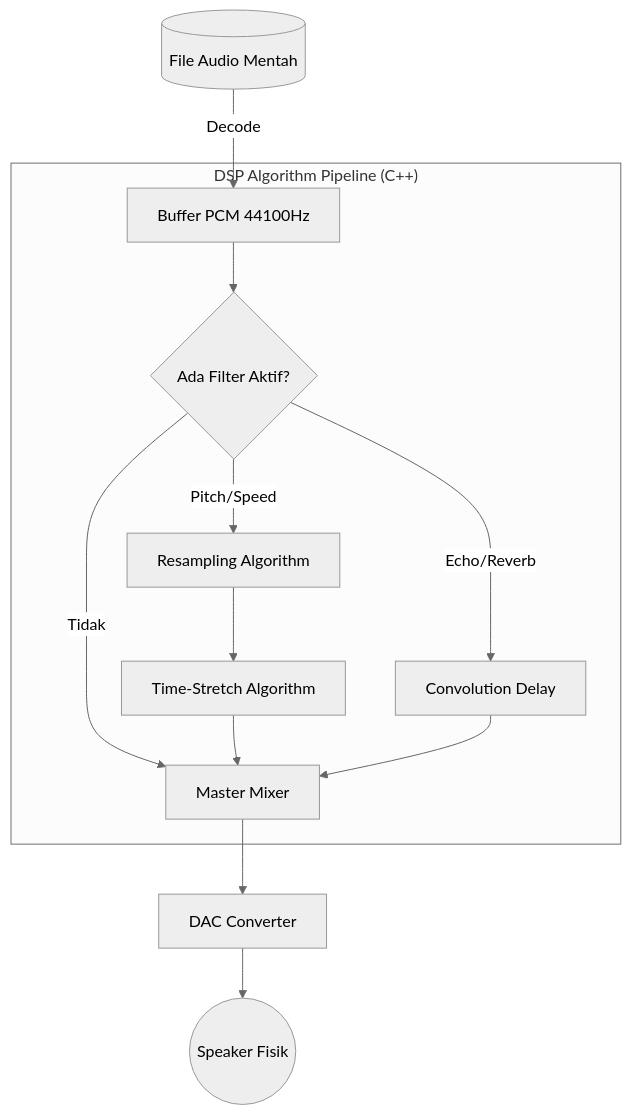
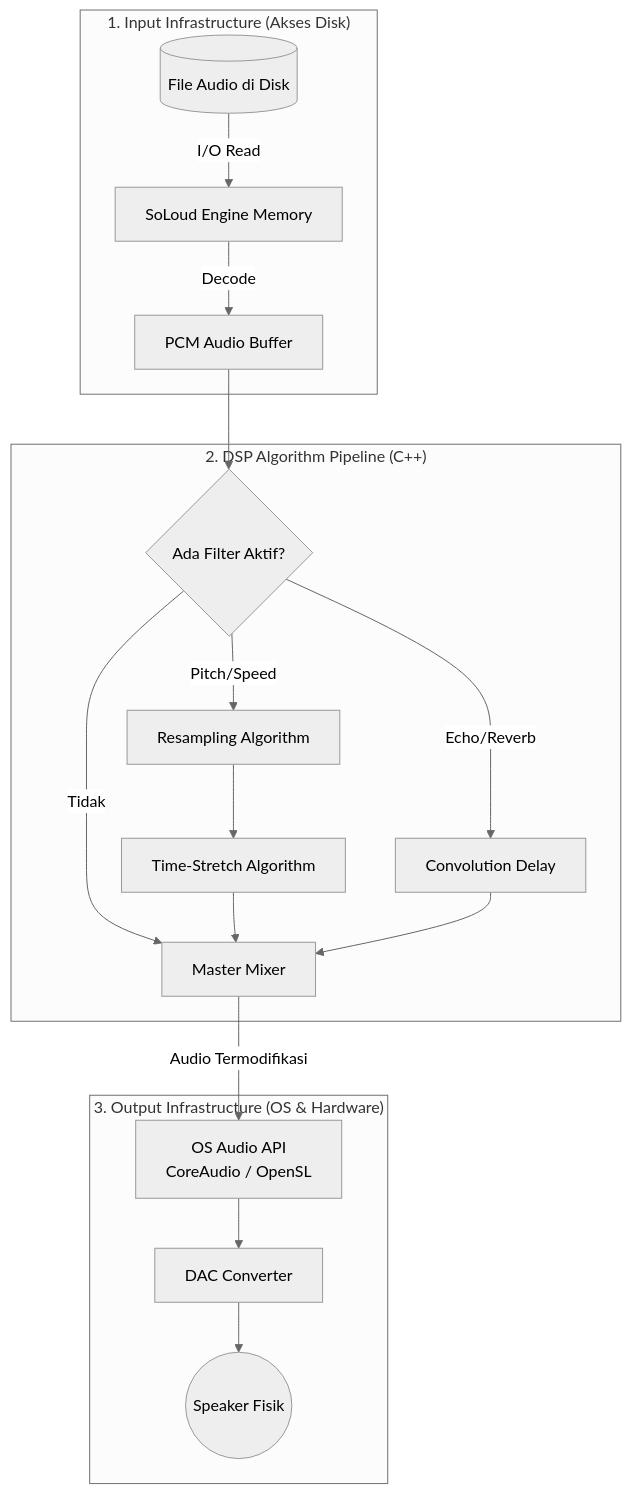
One commit to nunutech40/VoiceChanger changed the diagram in DSP_ENGINE_ARCHITECTURE.md. Above: the diagram before and after it, drawn with Mermaid (neutral theme). The commit also changed other lines of this file, not shown here.

Commit message:
docs: Update DSP flowchart to include explicit Input/Output Infrastructure

````diff
--- a/DSP_ENGINE_ARCHITECTURE.md
+++ b/DSP_ENGINE_ARCHITECTURE.md
@@ -19,20 +19,26 @@
 ```mermaid
 graph TD
-    A[(File Audio Mentah)] -->|Decode| B[Buffer PCM 44100Hz]
-    
-    subgraph DSP_Pipeline ["DSP Algorithm Pipeline (C++)"]
-    B --> C{Ada Filter Aktif?}
-    C -- Tidak --> G[Master Mixer]
-    
-    C -- Pitch/Speed --> D[Resampling Algorithm]
-    D --> E[Time-Stretch Algorithm]
-    
-    C -- Echo/Reverb --> F[Convolution Delay]
-    
-    E --> G
-    F --> G
+    subgraph Input_Infra ["1. Input Infrastructure (Akses Disk)"]
+        A[(File Audio di Disk)] -->|I/O Read| B[SoLoud Engine Memory]
+        B -->|Decode| C[PCM Audio Buffer]
     end
     
-    G --> H[DAC Converter]
-    H --> I((Speaker Fisik))
+    subgraph DSP_Pipeline ["2. DSP Algorithm Pipeline (C++)"]
+        C --> D{Ada Filter Aktif?}
+        D -- Tidak --> H[Master Mixer]
+        
+        D -- Pitch/Speed --> E[Resampling Algorithm]
+        E --> F[Time-Stretch Algorithm]
+        
+        D -- Echo/Reverb --> G[Convolution Delay]
+        
+        F --> H
+        G --> H
+    end
+    
+    subgraph Output_Infra ["3. Output Infrastructure (OS & Hardware)"]
+        H -->|Audio Termodifikasi| I[OS Audio API <br> CoreAudio / OpenSL]
+        I --> J[DAC Converter]
+        J --> K((Speaker Fisik))
+    end
 ```
````
